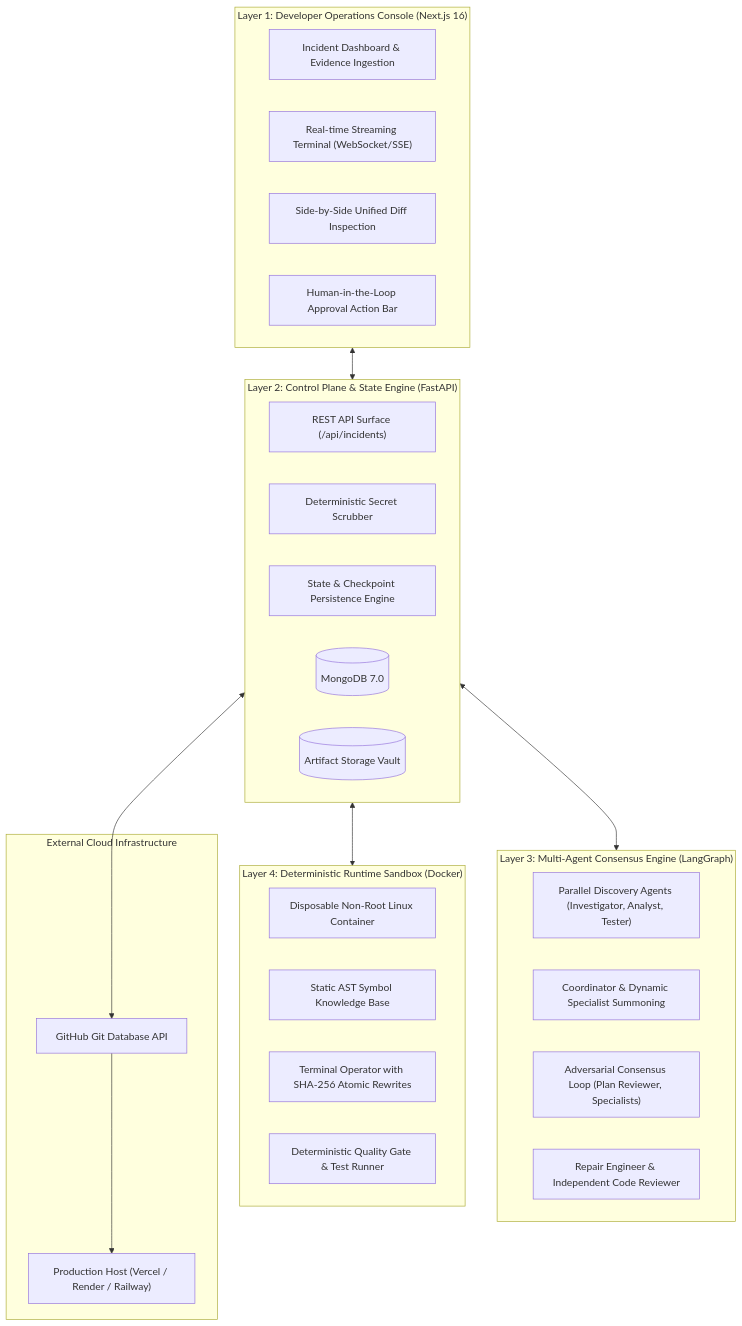
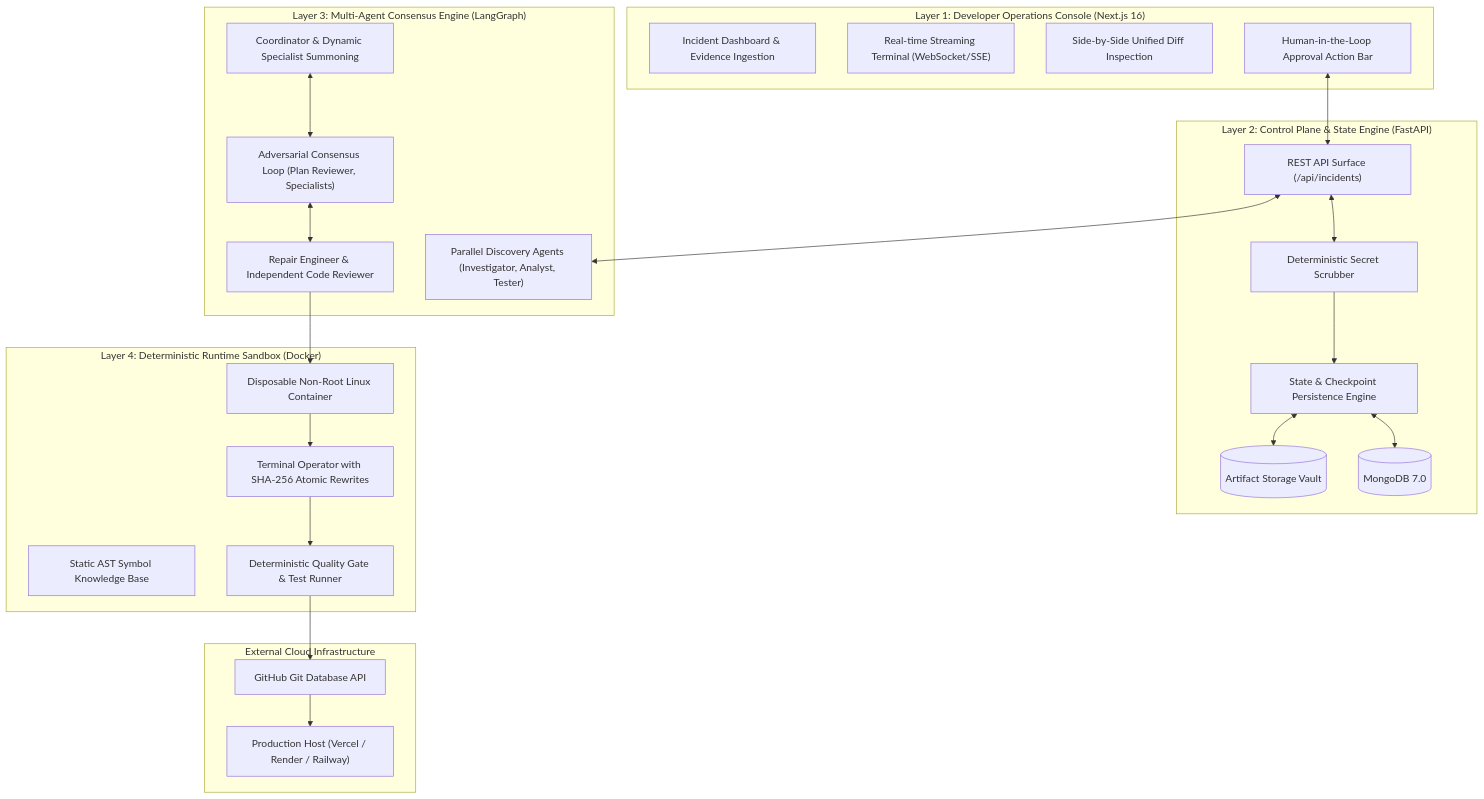
Before and after one commit to kajaredhruv433/VectoraFix: the first of 3 diagrams in docs/ARCHITECTURE.md, drawn with Mermaid. The commit also changed 3 other files, not shown here.

Commit message:
docs: fix Mermaid diagram syntax errors for GitHub rendering

````diff
--- a/docs/ARCHITECTURE.md
+++ b/docs/ARCHITECTURE.md
@@ -28,42 +28,50 @@
 ```mermaid
 flowchart TD
     subgraph Layer1 ["Layer 1: Developer Operations Console (Next.js 16)"]
         UI_Dash["Incident Dashboard & Evidence Ingestion"]
         UI_Term["Real-time Streaming Terminal (WebSocket/SSE)"]
         UI_Diff["Side-by-Side Unified Diff Inspection"]
         UI_Gate["Human-in-the-Loop Approval Action Bar"]
     end
 
     subgraph Layer2 ["Layer 2: Control Plane & State Engine (FastAPI)"]
         API["REST API Surface (/api/incidents)"]
         Scrub["Deterministic Secret Scrubber"]
         StateMgr["State & Checkpoint Persistence Engine"]
         DB[("MongoDB 7.0")]
         Vault[("Artifact Storage Vault")]
     end
 
     subgraph Layer3 ["Layer 3: Multi-Agent Consensus Engine (LangGraph)"]
         ParallelAgents["Parallel Discovery Agents (Investigator, Analyst, Tester)"]
         Coord["Coordinator & Dynamic Specialist Summoning"]
         ReviewLoop["Adversarial Consensus Loop (Plan Reviewer, Specialists)"]
         RepairLoop["Repair Engineer & Independent Code Reviewer"]
     end
 
     subgraph Layer4 ["Layer 4: Deterministic Runtime Sandbox (Docker)"]
         Container["Disposable Non-Root Linux Container"]
         ASTEngine["Static AST Symbol Knowledge Base"]
         TerminalRunner["Terminal Operator with SHA-256 Atomic Rewrites"]
         QualityGate["Deterministic Quality Gate & Test Runner"]
     end
 
     subgraph Ext ["External Cloud Infrastructure"]
         GH["GitHub Git Database API"]
         Hosting["Production Host (Vercel / Render / Railway)"]
     end
 
-    Layer1 <--> Layer2
-    Layer2 <--> Layer3
-    Layer2 <--> Layer4
-    Layer2 <--> GH
+    UI_Gate <--> API
+    API <--> Scrub
+    Scrub --> StateMgr
+    StateMgr <--> DB
+    StateMgr <--> Vault
+    API <--> ParallelAgents
+    Coord <--> ReviewLoop
+    ReviewLoop <--> RepairLoop
+    RepairLoop --> Container
+    Container --> TerminalRunner
+    TerminalRunner --> QualityGate
+    QualityGate --> GH
     GH --> Hosting
 ```
````
